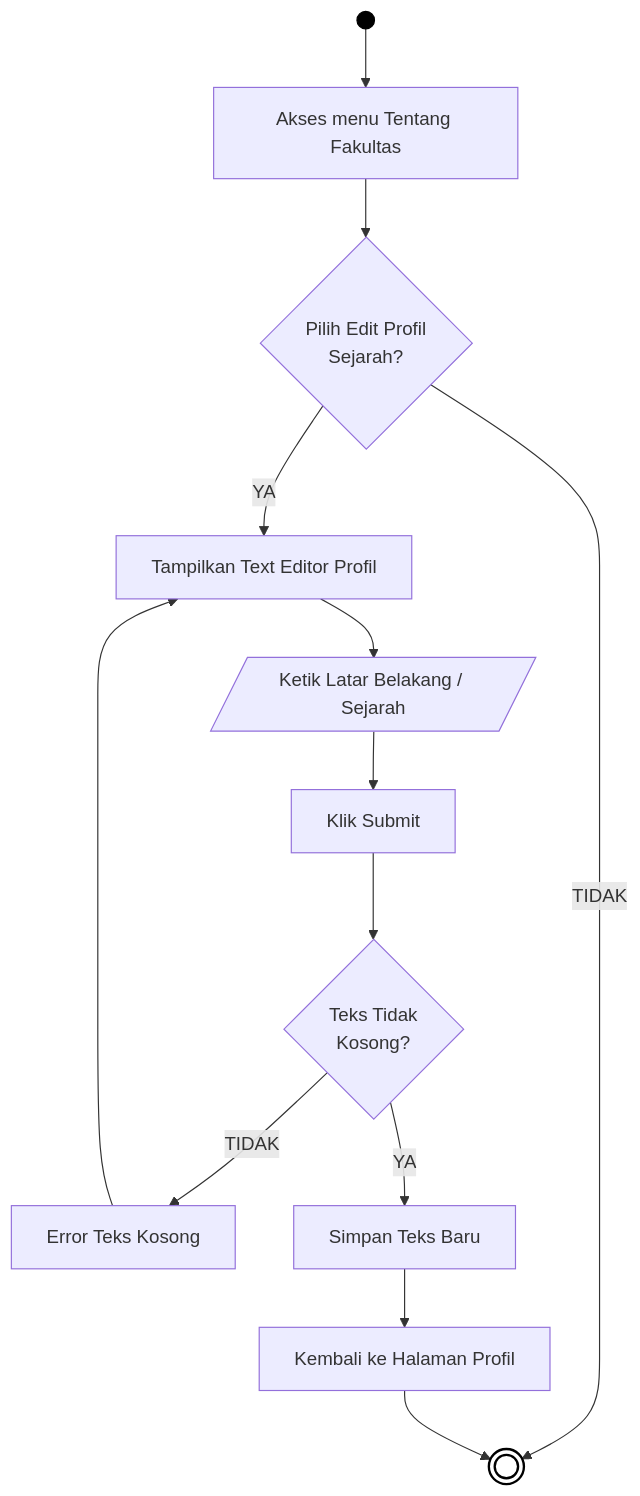
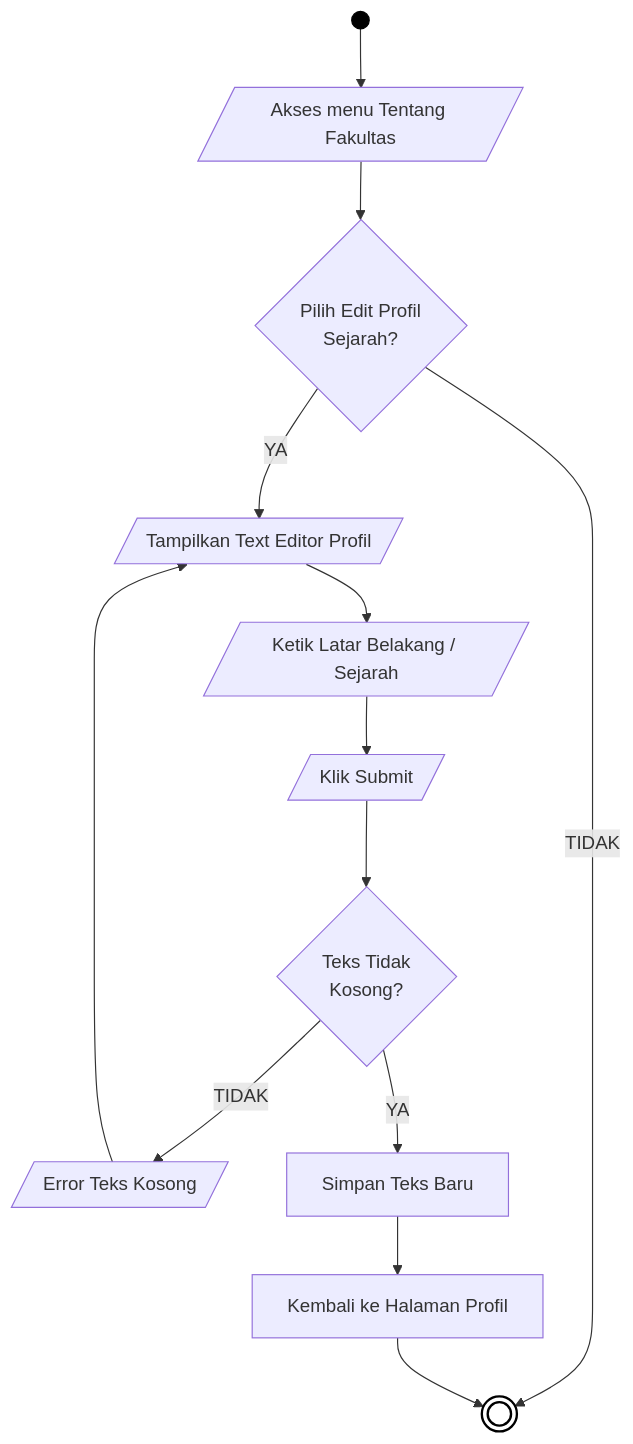
Before and after one commit to arbain-dev/Web_fikom: the fifth of 21 diagrams in docs/01_DIAGRAM_AKTIVITAS.md, drawn with Mermaid. The commit also changed other lines of this file, not shown here.

````diff
--- a/docs/01_DIAGRAM_AKTIVITAS.md
+++ b/docs/01_DIAGRAM_AKTIVITAS.md
@@ -148,22 +148,22 @@
 ```mermaid
 flowchart TD
-    Start(( )) --> A[Akses menu Tentang Fakultas]
+    Start(( )) --> A[/Akses menu Tentang Fakultas/]
     
     A --> B{Pilih Edit Profil\nSejarah?}
     B -- TIDAK --> End((( )))
     
-    B -- YA --> C[Tampilkan Text Editor Profil]
+    B -- YA --> C[/Tampilkan Text Editor Profil/]
     C --> D[/Ketik Latar Belakang / Sejarah/]
-    D --> E[Klik Submit]
+    D --> E[/Klik Submit/]
     E --> F{Teks Tidak\nKosong?}
     
-    F -- TIDAK --> G[Error Teks Kosong]
+    F -- TIDAK --> G[/Error Teks Kosong/]
     G --> C
     
     F -- YA --> H[Simpan Teks Baru]
     H --> I[Kembali ke Halaman Profil]
     I --> End
     
     style Start fill:#000,stroke:#000,color:#000
     style End fill:#fff,stroke:#000,stroke-width:2px
 ```
````
